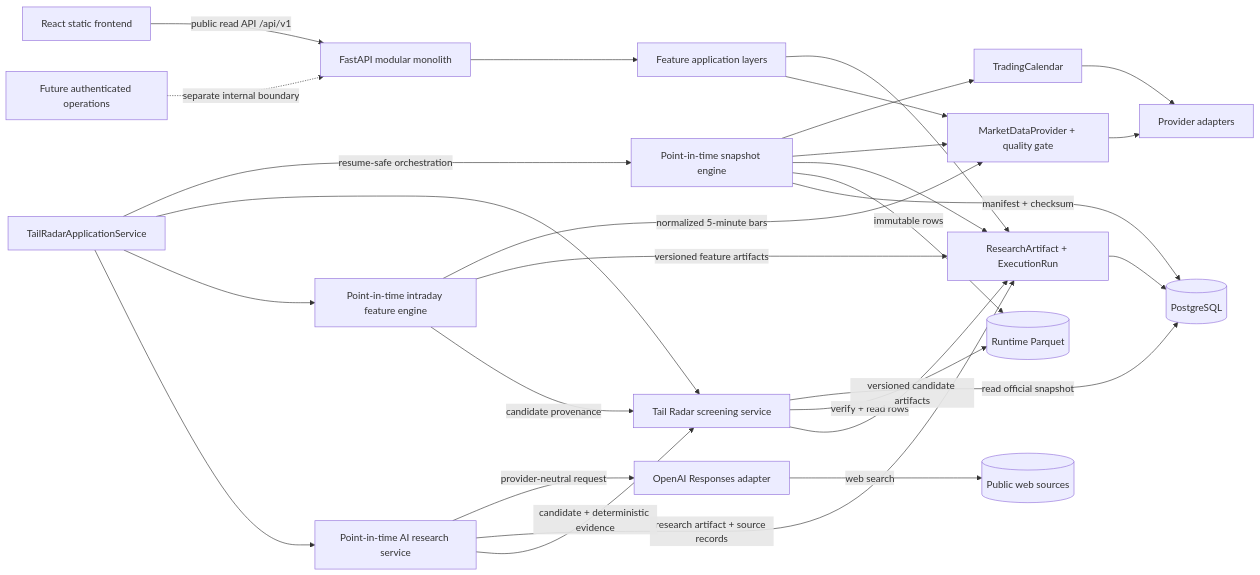
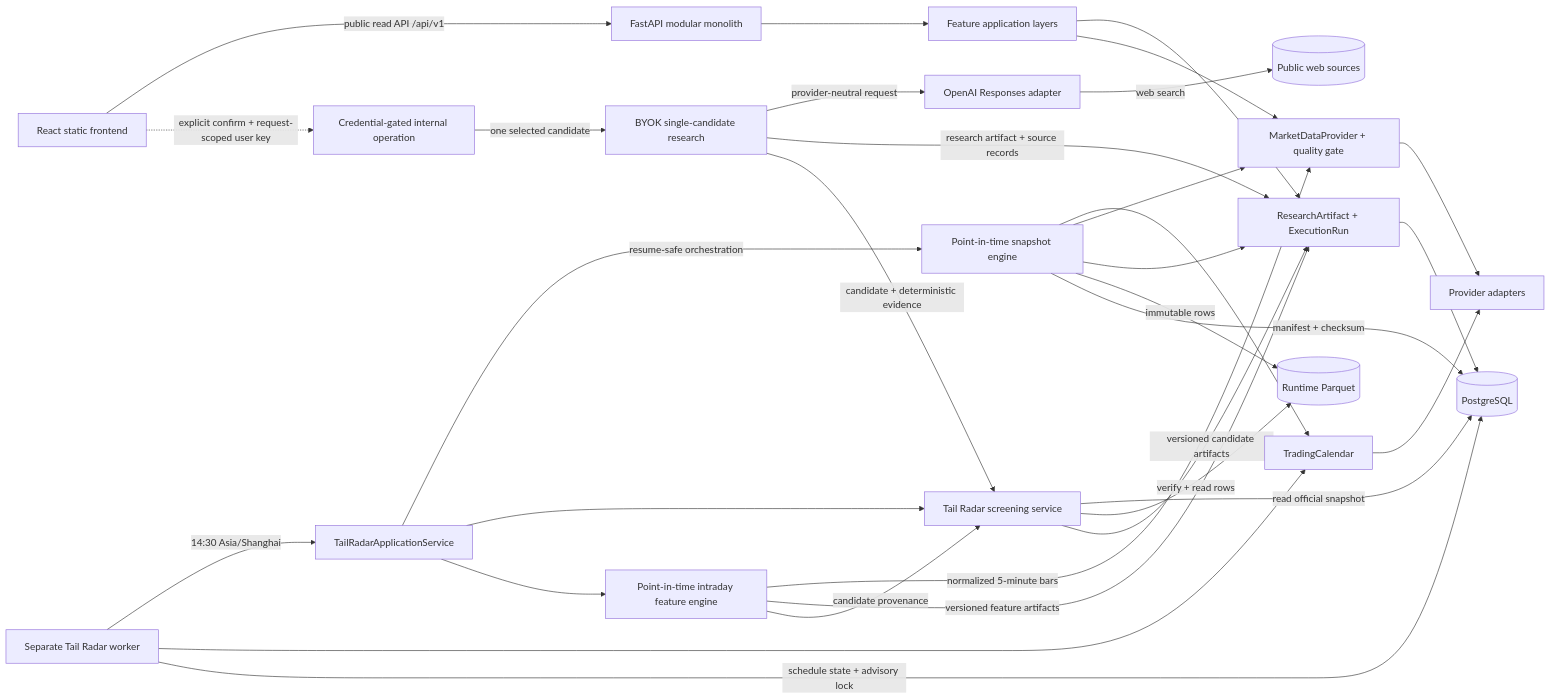
The diagram in docs/architecture.md (Y-jerryg/a-stock-lab), drawn with Mermaid before and after one commit. The commit also changed other lines of this file and 151 other files, not shown here.

Commit message:
Publish Trend Radar with candidate charts

````diff
--- a/docs/architecture.md
+++ b/docs/architecture.md
@@ -9,30 +14,33 @@
 ```mermaid
 flowchart LR
   Browser["React static frontend"] -->|"public read API /api/v1"| API["FastAPI modular monolith"]
   API --> Features["Feature application layers"]
   Features --> Shared["ResearchArtifact + ExecutionRun"]
   Features --> MarketData["MarketDataProvider + quality gate"]
   MarketData --> Adapters["Provider adapters"]
   Calendar["TradingCalendar"] --> Adapters
   Engine["Point-in-time snapshot engine"] --> Calendar
   Engine --> MarketData
   Engine --> Shared
   Shared --> Postgres[(PostgreSQL)]
   Engine -->|"immutable rows"| Parquet[(Runtime Parquet)]
   Engine -->|"manifest + checksum"| Postgres
   TailRadar["Tail Radar screening service"] -->|"read official snapshot"| Postgres
   TailRadar -->|"verify + read rows"| Parquet
   TailRadar -->|"versioned candidate artifacts"| Shared
   Intraday["Point-in-time intraday feature engine"] -->|"normalized 5-minute bars"| MarketData
   Intraday -->|"versioned feature artifacts"| Shared
   Intraday -->|"candidate provenance"| TailRadar
-  AIResearch["Point-in-time AI research service"] -->|"provider-neutral request"| OpenAIAdapter["OpenAI Responses adapter"]
+  AIResearch["BYOK single-candidate research"] -->|"provider-neutral request"| OpenAIAdapter["OpenAI Responses adapter"]
   OpenAIAdapter -->|"web search"| Web[(Public web sources)]
   AIResearch -->|"research artifact + source records"| Shared
   AIResearch -->|"candidate + deterministic evidence"| TailRadar
   Workflow["TailRadarApplicationService"] -->|"resume-safe orchestration"| Engine
   Workflow --> TailRadar
   Workflow --> Intraday
-  Workflow --> AIResearch
-  Internal["Future authenticated operations"] -.->|"separate internal boundary"| API
+  Worker["Separate Tail Radar worker"] -->|"14:30 Asia/Shanghai"| Workflow
+  Worker --> Calendar
+  Worker -->|"schedule state + advisory lock"| Postgres
+  Internal["Credential-gated internal operation"] -->|"one selected candidate"| AIResearch
+  Browser -.->|"explicit confirm + request-scoped user key"| Internal
 ```
````
